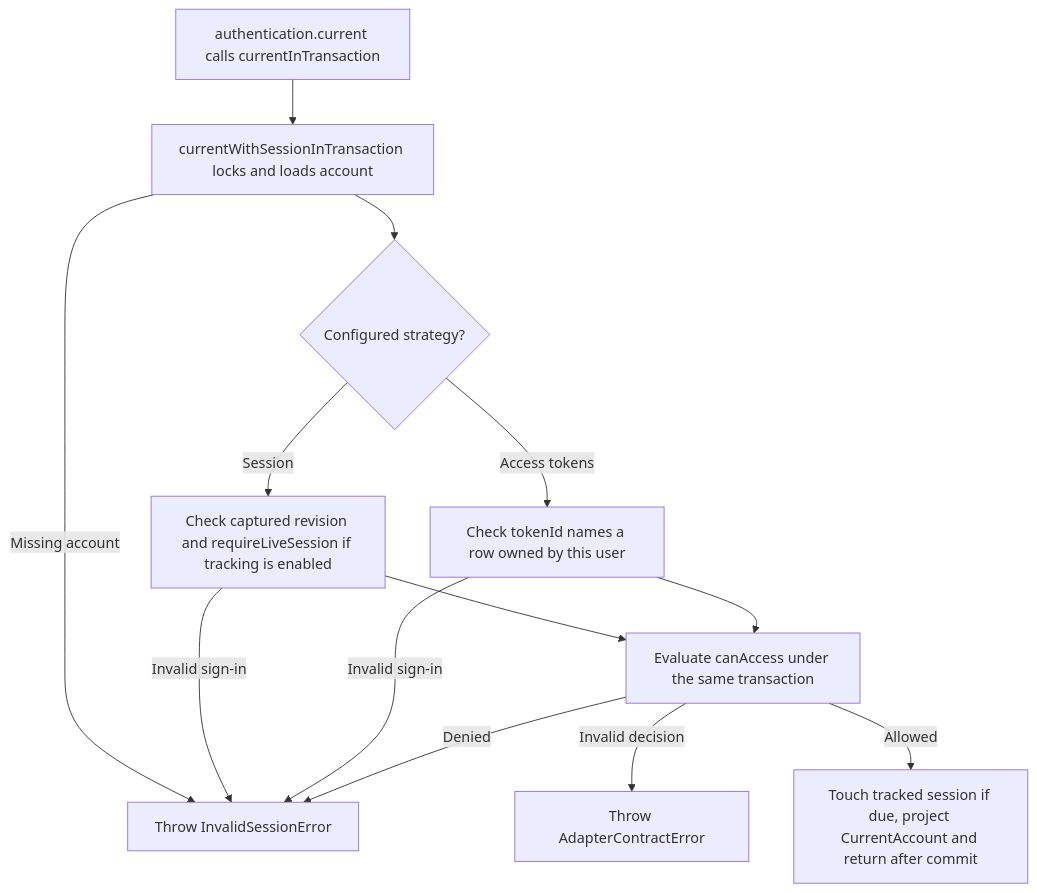
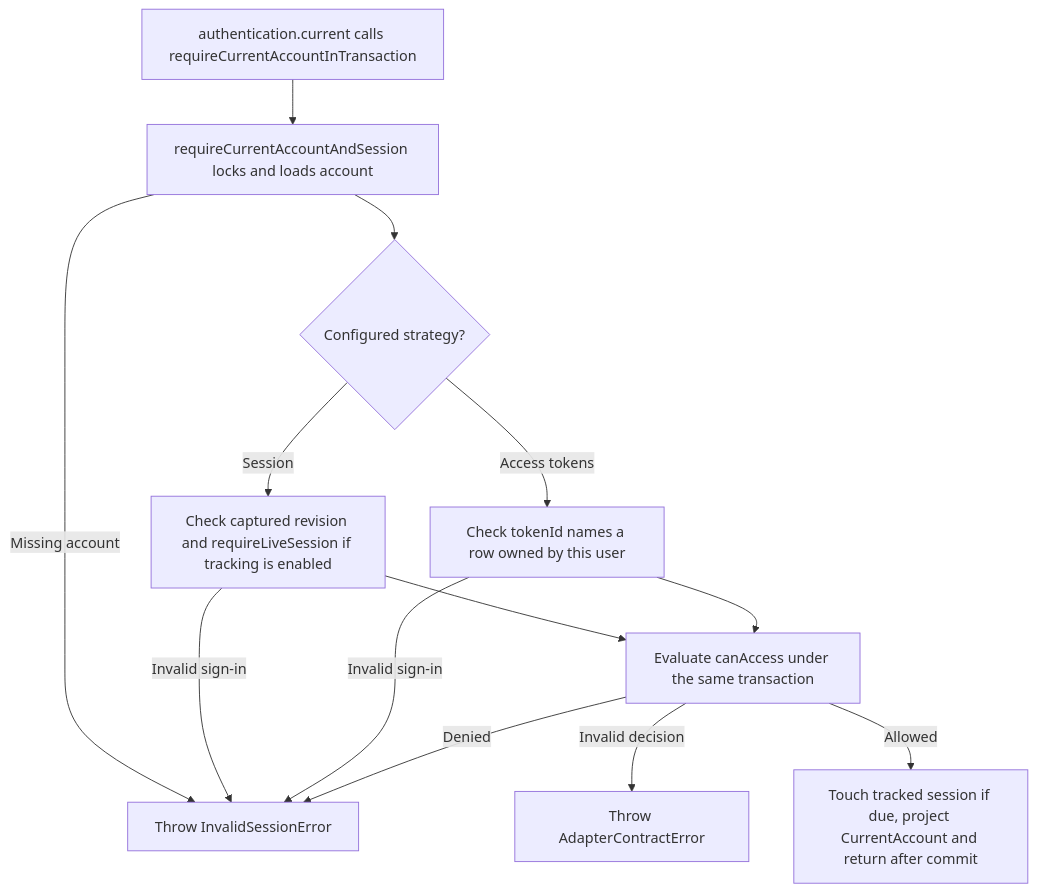
Before and after one commit to Kevinjohn/oss-adonisjs-account-kit: the second of 2 diagrams in user-stories/US-ACCOUNT-39-current-account.md, drawn with Mermaid. The commit also changed 29 other files, not shown here.

````diff
--- a/user-stories/US-ACCOUNT-39-current-account.md
+++ b/user-stories/US-ACCOUNT-39-current-account.md
@@ -30,15 +30,15 @@
 ```mermaid
 flowchart TD
- A["authentication.current calls currentInTransaction"] --> B["currentWithSessionInTransaction locks and loads account"]
+ A["authentication.current calls requireCurrentAccountInTransaction"] --> B["requireCurrentAccountAndSession locks and loads account"]
  B --> S{"Configured strategy?"}
  S -->|Session| R["Check captured revision and requireLiveSession if tracking is enabled"]
  S -->|Access tokens| T["Check tokenId names a row owned by this user"]
  R --> P["Evaluate canAccess under the same transaction"]
  T --> P
  B -->|Missing account| D["Throw InvalidSessionError"]
  R -->|Invalid sign-in| D
  T -->|Invalid sign-in| D
  P -->|Denied| D
  P -->|Invalid decision| V["Throw AdapterContractError"]
  P -->|Allowed| E["Touch tracked session if due, project CurrentAccount and return after commit"]
 ```
````
